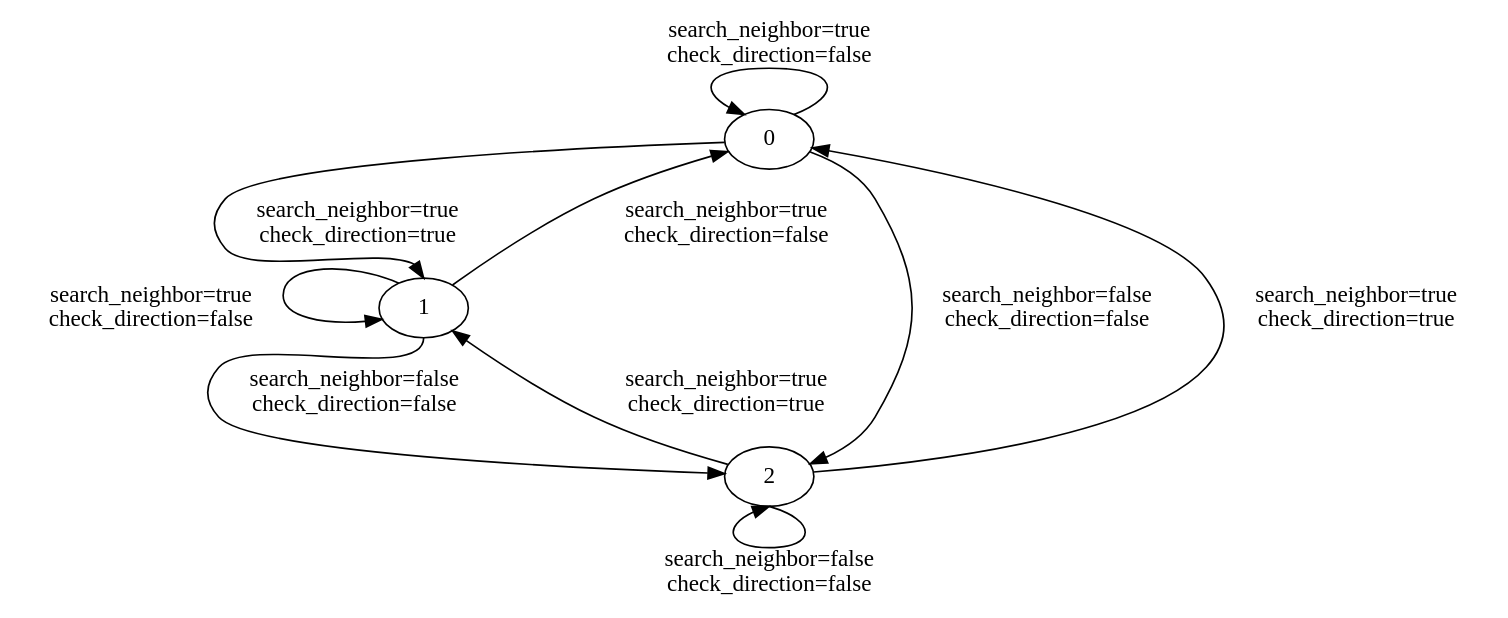
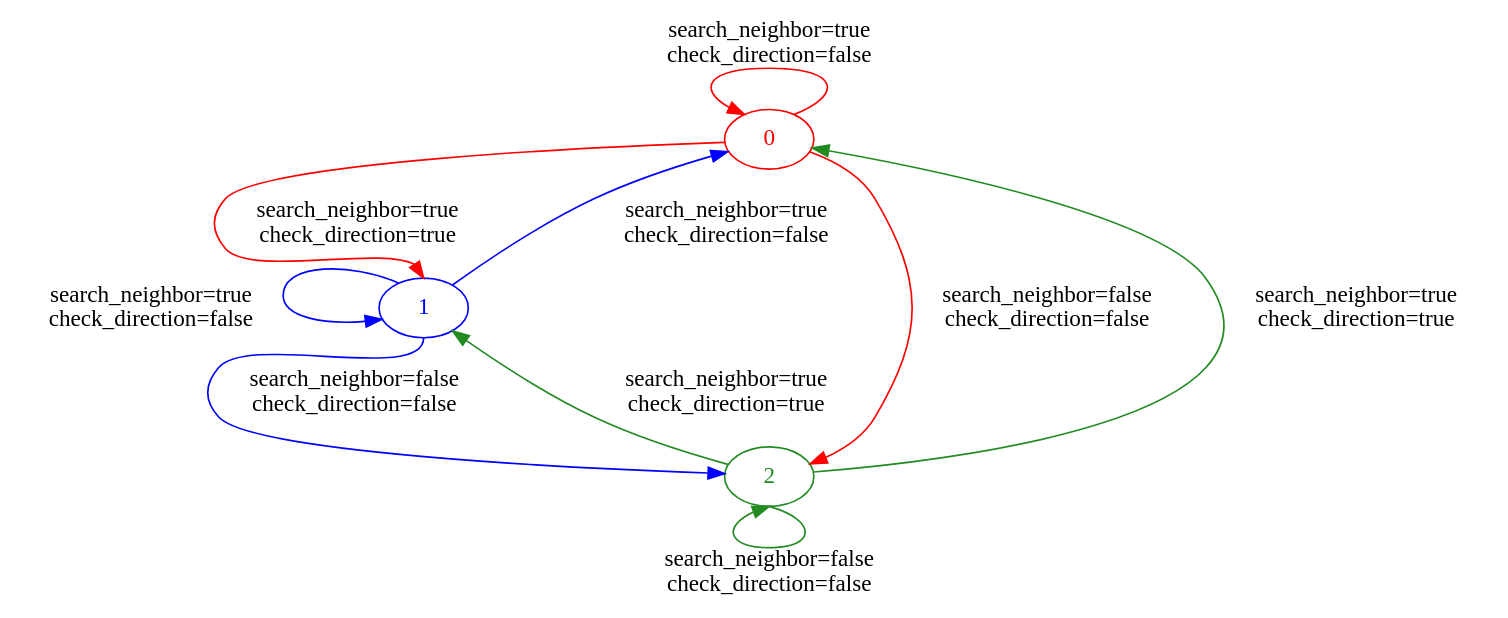
The diagram in 1_documentation/state_machine.dot (ovgu-FINken/paparazzi_pre_merge), drawn with Graphviz before and after one commit. The commit also changed 1 other file, not shown here.

```diff
--- a/1_documentation/state_machine.dot
+++ b/1_documentation/state_machine.dot
@@ -1,22 +1,27 @@
 digraph FSM {
+	{
+	0 [fontcolor=red color=red]
+	1 [fontcolor=blue color= blue]
+	2 [fontcolor=forestgreen color= forestgreen]
+	}
 
 	nodesep=0.8;
 	
-	0:ne -> 0:nw [label="search_neighbor=true\ncheck_direction=false"];
+	0:ne -> 0:nw [label="search_neighbor=true\ncheck_direction=false" color=red];
 	
-	0 -> 1:n [label="search_neighbor=true\ncheck_direction=true"];
+	0 -> 1:n [label="search_neighbor=true\ncheck_direction=true" color=red];
 
-	0 -> 2 [label="search_neighbor=false\ncheck_direction=false"];
+	0 -> 2 [label="search_neighbor=false\ncheck_direction=false" color=red];
 
-	1 -> 0 [label="search_neighbor=true\ncheck_direction=false"];
+	1 -> 0 [label="search_neighbor=true\ncheck_direction=false" color=blue];
 
-	1:nw -> 1 [label="search_neighbor=true\ncheck_direction=false"];
+	1:nw -> 1 [label="search_neighbor=true\ncheck_direction=false" color=blue];
 	
-	1:s -> 2 [label="search_neighbor=false\ncheck_direction=false"];
+	1:s -> 2 [label="search_neighbor=false\ncheck_direction=false" color=blue];
 
-	2 -> 0 [label="search_neighbor=true\ncheck_direction=true"];
+	2 -> 0 [label="search_neighbor=true\ncheck_direction=true" color=forestgreen];
 
-	2 -> 1 [label="search_neighbor=true\ncheck_direction=true"];
+	2 -> 1 [label="search_neighbor=true\ncheck_direction=true" color=forestgreen];
 
-	2:s -> 2:s [label="search_neighbor=false\ncheck_direction=false"];
+	2:s -> 2:s [label="search_neighbor=false\ncheck_direction=false" color=forestgreen];
 }
```
